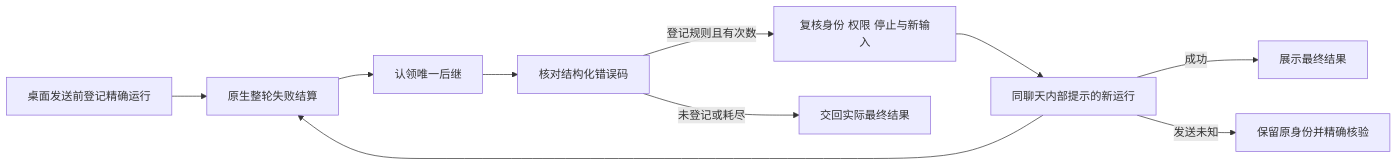
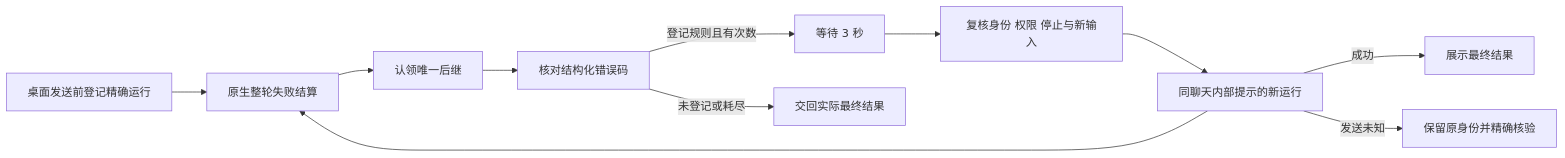
One commit to liangxhao/JustDo changed the diagram in docs/features/execution/automatic-error-retry.md. Above: the diagram before and after it, drawn with Mermaid. The commit also changed other lines of this file and 26 other files, not shown here.

````diff
--- a/docs/features/execution/automatic-error-retry.md
+++ b/docs/features/execution/automatic-error-retry.md
@@ -43,12 +47,13 @@
 ```mermaid
 flowchart LR
   Send[桌面发送前登记精确运行] --> Terminal[原生整轮失败结算]
   Terminal --> Claim[认领唯一后继]
   Claim --> Code[核对结构化错误码]
-  Code -->|登记规则且有次数| Check[复核身份 权限 停止与新输入]
+  Code -->|登记规则且有次数| Delay[等待 3 秒]
+  Delay --> Check[复核身份 权限 停止与新输入]
   Code -->|未登记或耗尽| Final[交回实际最终结果]
   Check --> Next[同聊天内部提示的新运行]
   Next --> Terminal
   Next -->|成功| Done[展示最终结果]
   Next -->|发送未知| Unknown[保留原身份并精确核验]
 ```
````
